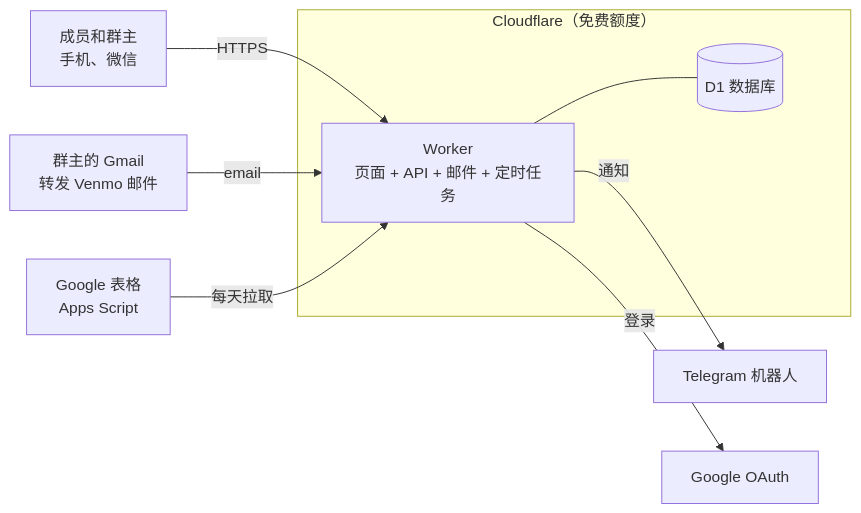
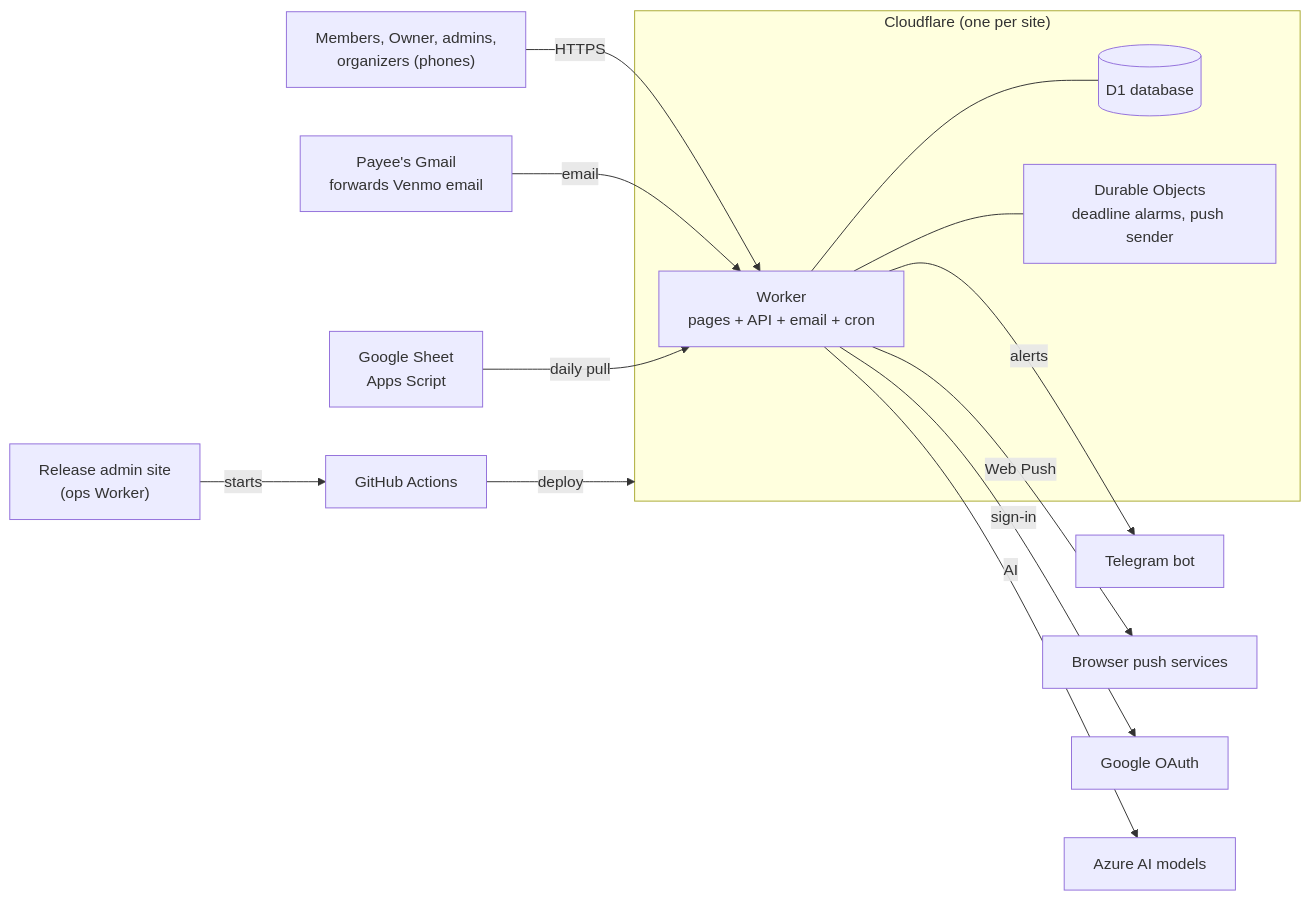
The diagram in README.md (likefudan/jaysbadminton), drawn with Mermaid before and after one commit. The commit also changed other lines of this file and 16 other files, not shown here.

````diff
--- a/README.md
+++ b/README.md
@@ -99,13 +183,19 @@
 ```mermaid
 flowchart LR
-  P["成员和群主<br/>手机、微信"] -- HTTPS --> W
-  G["群主的 Gmail<br/>转发 Venmo 邮件"] -- email --> W
-  subgraph CF["Cloudflare（免费额度）"]
-    W["Worker<br/>页面 + API + 邮件 + 定时任务"]
-    D1[("D1 数据库")]
+  P["Members, Owner, admins,<br/>organizers (phones)"] -- HTTPS --> W
+  G["Payee's Gmail<br/>forwards Venmo email"] -- email --> W
+  subgraph CF["Cloudflare (one per site)"]
+    W["Worker<br/>pages + API + email + cron"]
+    D1[("D1 database")]
+    DO["Durable Objects<br/>deadline alarms, push sender"]
     W --- D1
+    W --- DO
   end
-  W -- 通知 --> T["Telegram 机器人"]
-  W -- 登录 --> GO["Google OAuth"]
-  S["Google 表格<br/>Apps Script"] -- 每天拉取 --> W
+  W -- alerts --> T["Telegram bot"]
+  W -- Web Push --> PS["Browser push services"]
+  W -- sign-in --> GO["Google OAuth"]
+  W -- AI --> AZ["Azure AI models"]
+  S["Google Sheet<br/>Apps Script"] -- daily pull --> W
+  OPS["Release admin site<br/>(ops Worker)"] -- starts --> GH["GitHub Actions"]
+  GH -- deploy --> CF
 ```
````
